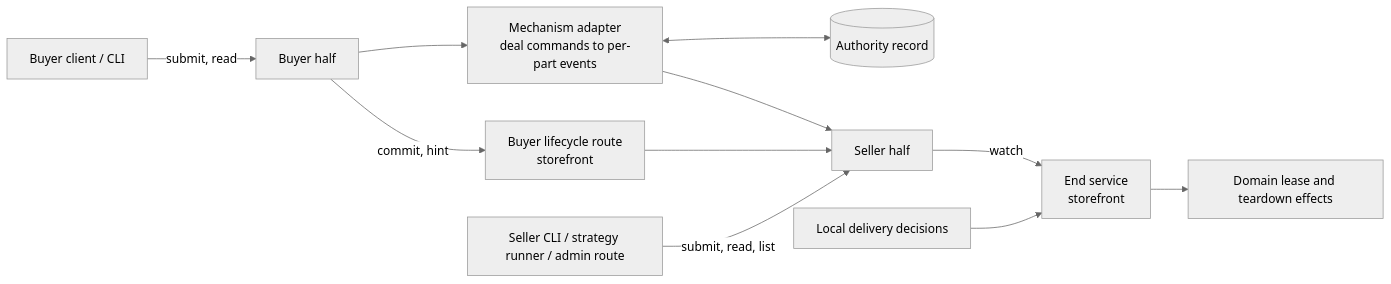
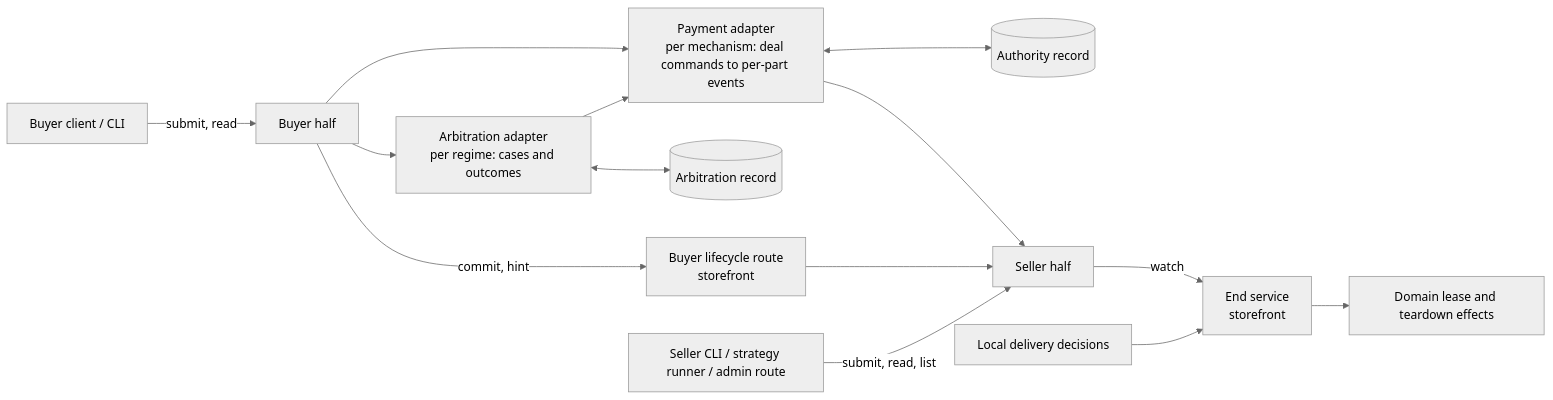
Before and after one commit to arkhai-io/simple-compute-market: the first of 2 diagrams in openspec/changes/agreed-evidence-and-early-termination/design.md, drawn with Mermaid (neutral theme). The commit also changed other lines of this file and 9 other files, not shown here.

Commit message:
Separate arbitration from the payment core in agreed-evidence-and-early-termination

````diff
--- a/openspec/changes/agreed-evidence-and-early-termination/design.md
+++ b/openspec/changes/agreed-evidence-and-early-termination/design.md
@@ -134,13 +136,16 @@
 ```mermaid
 flowchart LR
     BC[Buyer client / CLI] -->|submit, read| BH[Buyer half]
-    BH --> AD[Mechanism adapter<br/>deal commands to per-part events]
+    BH --> AD[Payment adapter<br/>per mechanism: deal commands to per-part events]
+    BH --> AR[Arbitration adapter<br/>per regime: cases and outcomes]
+    AR <--> AC[(Arbitration record)]
+    AR --> AD
     BH -->|commit, hint| LR[Buyer lifecycle route<br/>storefront]
     AD <--> AU[(Authority record)]
     AD --> SH[Seller half]
     SH -->|watch| ES[End service<br/>storefront]
     LR --> SH
     SC[Seller CLI / strategy runner / admin route] -->|submit, read, list| SH
     LD[Local delivery decisions] --> ES
     ES --> DP[Domain lease and teardown effects]
 ```
````
